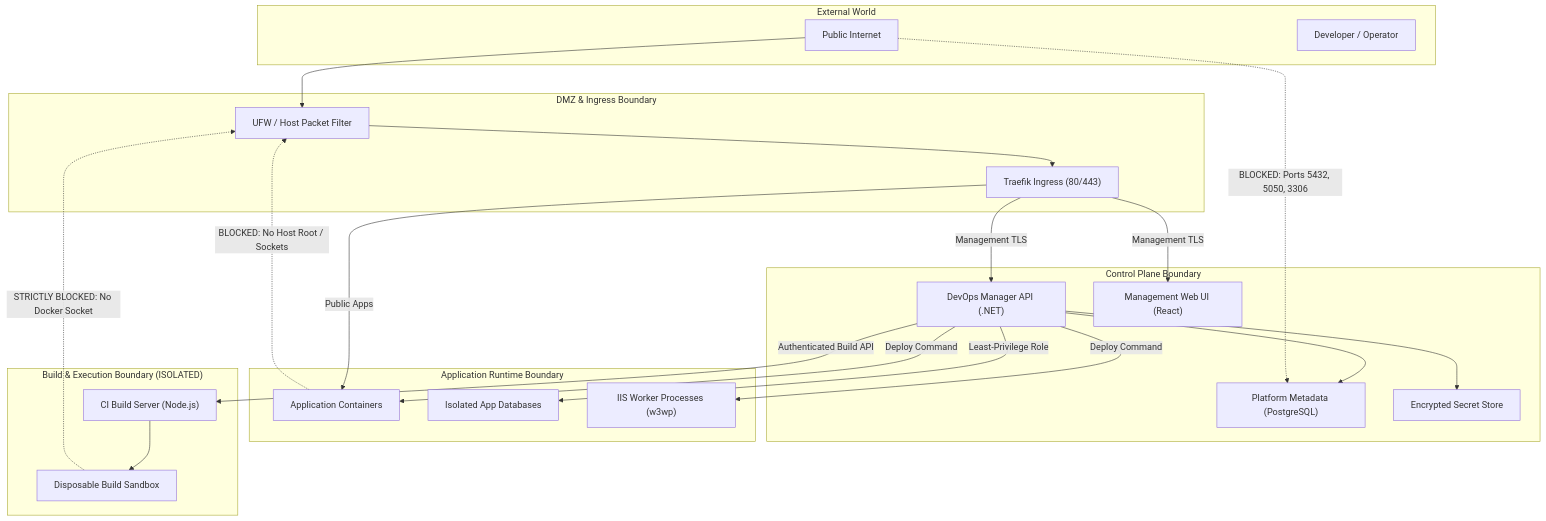
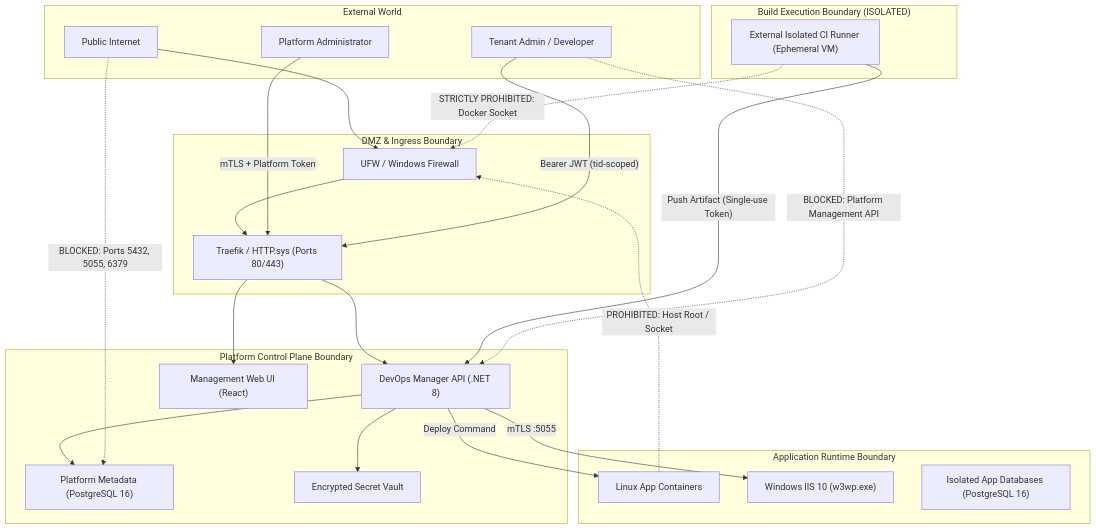
One commit to tmk-computers/vps-infra changed the diagram in docs/remediation/phase-0/08_SECURITY_BOUNDARIES.md. Above: the diagram before and after it, drawn with Mermaid. The commit also changed other lines of this file and 47 other files, not shown here.

````diff
--- a/docs/remediation/phase-0/08_SECURITY_BOUNDARIES.md
+++ b/docs/remediation/phase-0/08_SECURITY_BOUNDARIES.md
@@ -15,44 +15,45 @@
 ```mermaid
 graph TD
     subgraph "External World"
         Internet["Public Internet"]
-        DevUser["Developer / Operator"]
+        PlatformOp["Platform Administrator"]
+        TenantUser["Tenant Admin / Developer"]
     end
 
     subgraph "DMZ & Ingress Boundary"
-        Traefik["Traefik Ingress (80/443)"]
-        Firewall["UFW / Host Packet Filter"]
+        Traefik["Traefik / HTTP.sys (Ports 80/443)"]
+        Firewall["UFW / Windows Firewall"]
     end
 
-    subgraph "Control Plane Boundary"
-        API["DevOps Manager API (.NET)"]
+    subgraph "Platform Control Plane Boundary"
+        API["DevOps Manager API (.NET 8)"]
         WebUI["Management Web UI (React)"]
-        DB_Meta["Platform Metadata (PostgreSQL)"]
-        Vault["Encrypted Secret Store"]
+        DB_Meta["Platform Metadata (PostgreSQL 16)"]
+        Vault["Encrypted Secret Vault"]
     end
 
     subgraph "Application Runtime Boundary"
-        AppCont["Application Containers"]
-        AppDB["Isolated App Databases"]
-        IIS["IIS Worker Processes (w3wp)"]
+        AppCont["Linux App Containers"]
+        IIS["Windows IIS 10 (w3wp.exe)"]
+        AppDB["Isolated App Databases (PostgreSQL 16)"]
     end
 
-    subgraph "Build & Execution Boundary (ISOLATED)"
-        CI["CI Build Server (Node.js)"]
-        Worker["Disposable Build Sandbox"]
+    subgraph "Build Execution Boundary (ISOLATED)"
+        ExtCI["External Isolated CI Runner (Ephemeral VM)"]
     end
 
     Internet --> Firewall --> Traefik
-    Traefik -- "Public Apps" --> AppCont
-    Traefik -- "Management TLS" --> WebUI & API
+    PlatformOp -- "mTLS + Platform Token" --> Traefik
+    TenantUser -- "Bearer JWT (tid-scoped)" --> Traefik
+    Traefik --> API & WebUI
     API --> Vault & DB_Meta
-    API -- "Least-Privilege Role" --> AppDB
-    API -- "Deploy Command" --> AppCont & IIS
-    API -- "Authenticated Build API" --> CI
-    CI --> Worker
+    API -- "Deploy Command" --> AppCont
+    API -- "mTLS :5055" --> IIS
+    ExtCI -- "Push Artifact (Single-use Token)" --> API
 
     %% Prohibited Paths
-    Worker -. "STRICTLY BLOCKED: No Docker Socket" .-> Firewall
-    AppCont -. "BLOCKED: No Host Root / Sockets" .-> Firewall
-    Internet -. "BLOCKED: Ports 5432, 5050, 3306" .-> DB_Meta
+    ExtCI -. "STRICTLY PROHIBITED: Docker Socket" .-> Firewall
+    AppCont -. "PROHIBITED: Host Root / Socket" .-> Firewall
+    TenantUser -. "BLOCKED: Platform Management API" .-> API
+    Internet -. "BLOCKED: Ports 5432, 5055, 6379" .-> DB_Meta
 ```
````
